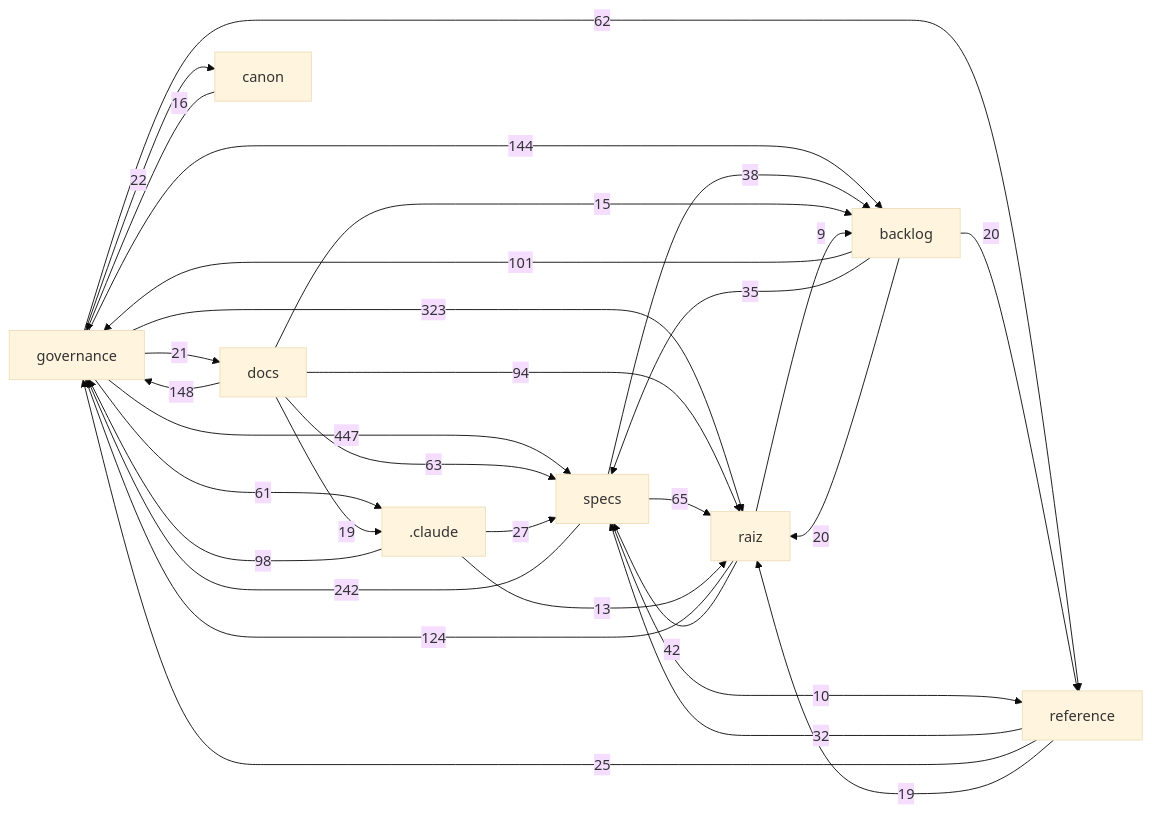
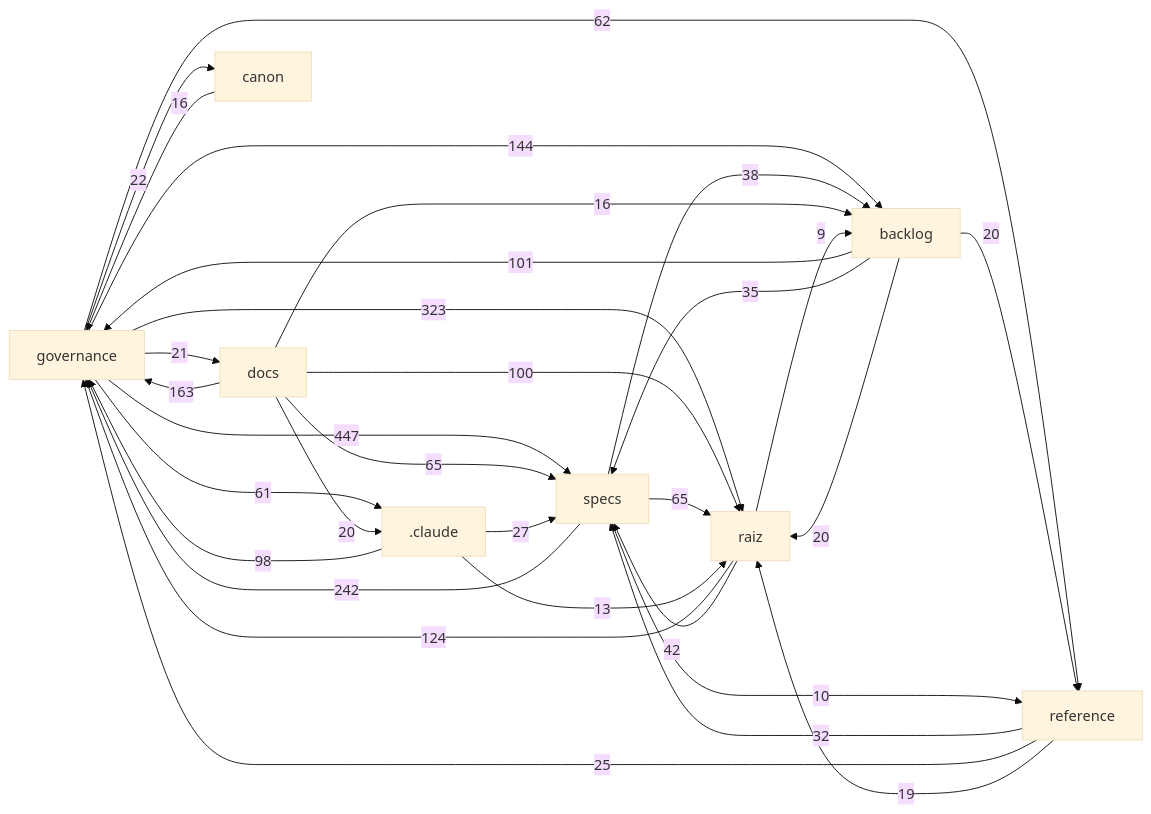
Before and after one commit to Andraus35/Sistema-Operacional-de-Trading--SOT: the diagram in docs/mapa/MAPA-PROJETO.md, drawn with Mermaid (base theme). The commit also changed other lines of this file and 4 other files, not shown here.

````diff
--- a/docs/mapa/MAPA-PROJETO.md
+++ b/docs/mapa/MAPA-PROJETO.md
@@ -29,33 +29,33 @@
 ```mermaid
 flowchart LR
   governance["governance"] -->|447| specs["specs"]
   governance["governance"] -->|323| raiz["raiz"]
   specs["specs"] -->|242| governance["governance"]
-  docs["docs"] -->|148| governance["governance"]
+  docs["docs"] -->|163| governance["governance"]
   governance["governance"] -->|144| backlog["backlog"]
   raiz["raiz"] -->|124| governance["governance"]
   backlog["backlog"] -->|101| governance["governance"]
+  docs["docs"] -->|100| raiz["raiz"]
   _claude[".claude"] -->|98| governance["governance"]
-  docs["docs"] -->|94| raiz["raiz"]
+  docs["docs"] -->|65| specs["specs"]
   specs["specs"] -->|65| raiz["raiz"]
-  docs["docs"] -->|63| specs["specs"]
   governance["governance"] -->|62| reference["reference"]
   governance["governance"] -->|61| _claude[".claude"]
   raiz["raiz"] -->|42| specs["specs"]
   specs["specs"] -->|38| backlog["backlog"]
   backlog["backlog"] -->|35| specs["specs"]
   reference["reference"] -->|32| specs["specs"]
   _claude[".claude"] -->|27| specs["specs"]
   reference["reference"] -->|25| governance["governance"]
   governance["governance"] -->|22| canon["canon"]
   governance["governance"] -->|21| docs["docs"]
   backlog["backlog"] -->|20| raiz["raiz"]
   backlog["backlog"] -->|20| reference["reference"]
-  docs["docs"] -->|19| _claude[".claude"]
+  docs["docs"] -->|20| _claude[".claude"]
   reference["reference"] -->|19| raiz["raiz"]
   canon["canon"] -->|16| governance["governance"]
-  docs["docs"] -->|15| backlog["backlog"]
+  docs["docs"] -->|16| backlog["backlog"]
   _claude[".claude"] -->|13| raiz["raiz"]
   specs["specs"] -->|10| reference["reference"]
   raiz["raiz"] -->|9| backlog["backlog"]
 ```
````
